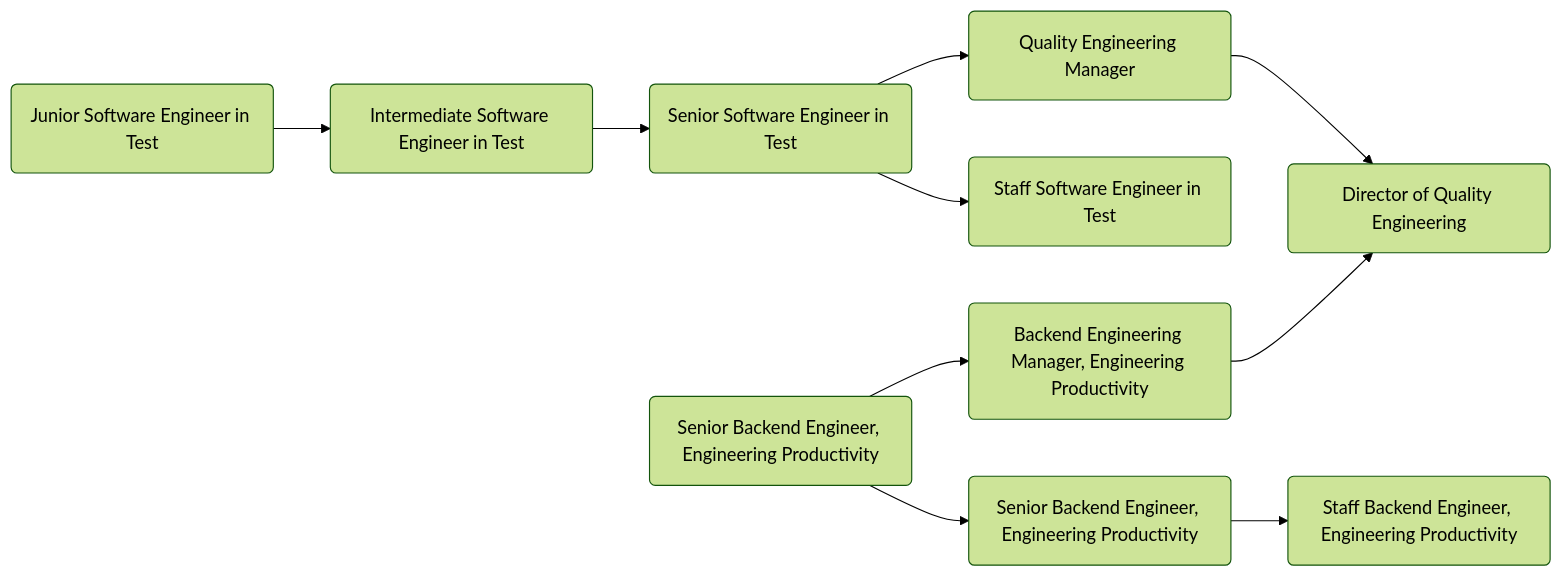
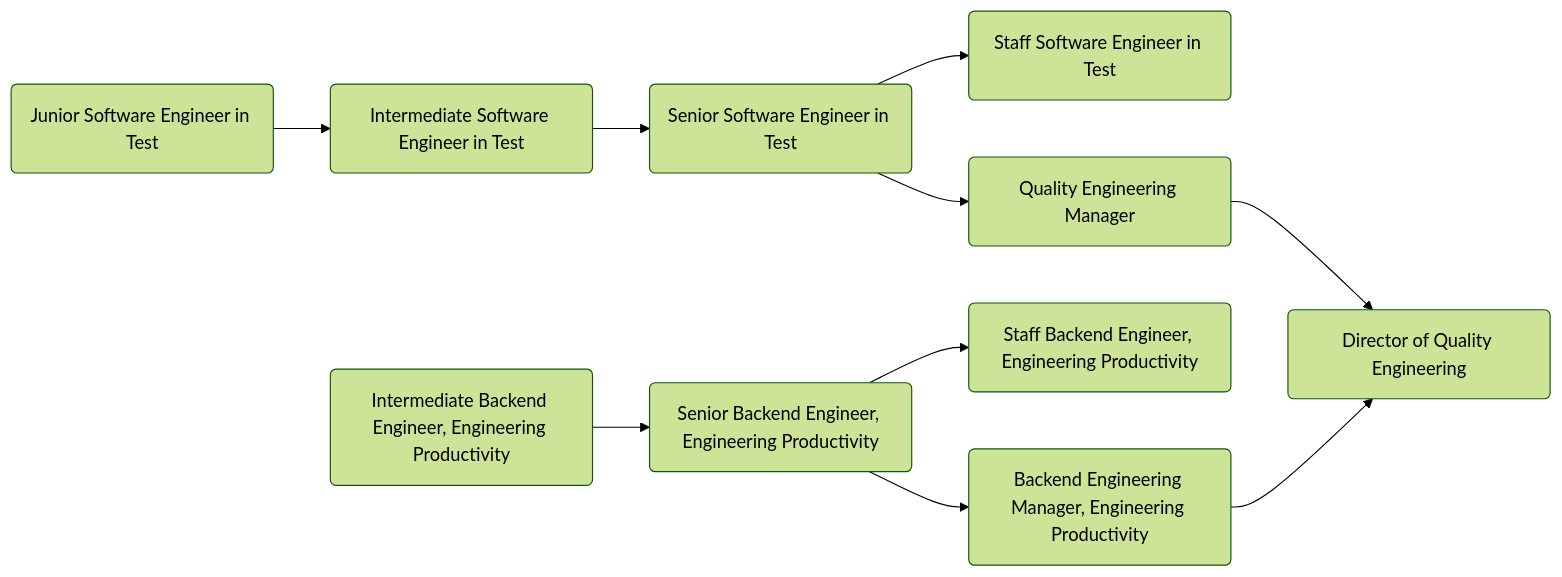
One commit to secretstartups/handbook changed the third of 5 diagrams in career-development/index.html.md. Above: the diagram before and after it, drawn with Mermaid (forest theme).

````diff
--- a/career-development/index.html.md
+++ b/career-development/index.html.md
@@ -176,25 +176,25 @@
 ```mermaid
   graph LR;
   qual:jset(Junior Software Engineer in Test)-->qual:iset(Intermediate Software Engineer in Test);
   qual:iset(Intermediate Software Engineer in Test)-->qual:sset(Senior Software Engineer in Test);
   qual:sset(Senior Software Engineer in Test)-->qual:stset(Staff Software Engineer in Test);
   qual:sset(Senior Software Engineer in Test)-->qual:qem(Quality Engineering Manager);
   
   qual:ibeep(Intermediate Backend Engineer, Engineering Productivity)-->qual:sbeep(Senior Backend Engineer, Engineering Productivity);
   qual:sbeep(Senior Backend Engineer, Engineering Productivity)-->qual:stbeep(Staff Backend Engineer, Engineering Productivity);
-  qual:ibeep(Senior Backend Engineer, Engineering Productivity)-->qual:bemep(Backend Engineering Manager, Engineering Productivity);
+  qual:sbeep(Senior Backend Engineer, Engineering Productivity)-->qual:bemep(Backend Engineering Manager, Engineering Productivity);
   
   qual:bemep(Backend Engineering Manager, Engineering Productivity)-->qual:dqe(Director of Quality Engineering);
   qual:qem(Quality Engineering Manager)-->qual:dqe(Director of Quality Engineering);
   
   click qual:jset "/job-families/engineering/software-engineer-in-test#junior-software-engineer-in-test";
   click qual:iset "/job-families/engineering/software-engineer-in-test#intermediate-software-engineer-in-test";
   click qual:sset "/job-families/engineering/software-engineer-in-test#senior-software-engineer-in-test";
   click qual:stset "/job-families/engineering/software-engineer-in-test#staff-software-engineer-in-test";
   click qual:ibeep "/job-families/engineering/backend-engineer/#engineering-productivity";
   click qual:sbeep "/job-families/engineering/backend-engineer/#engineering-productivity";
   click qual:stbeep "/job-families/engineering/backend-engineer/#engineering-productivity";
   click qual:bemep "/job-families/engineering/backend-engineer/#backend-manager-engineering";
   click qual:qem "/job-families/engineering/engineering-management-quality/#quality-engineering-manager";
   click qual:dqe "/job-families/engineering/engineering-management-quality/#director-of-quality-engineering";
 ```
````
